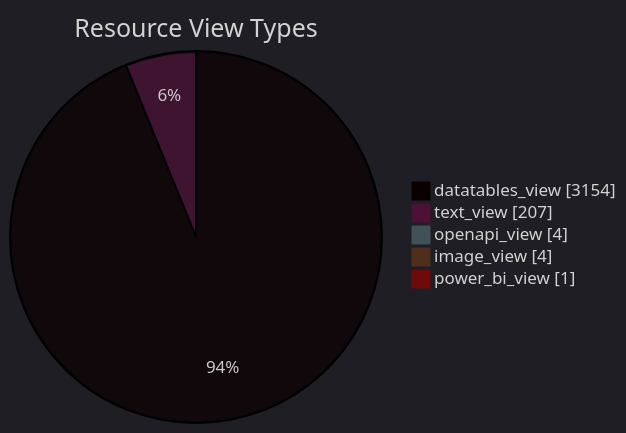
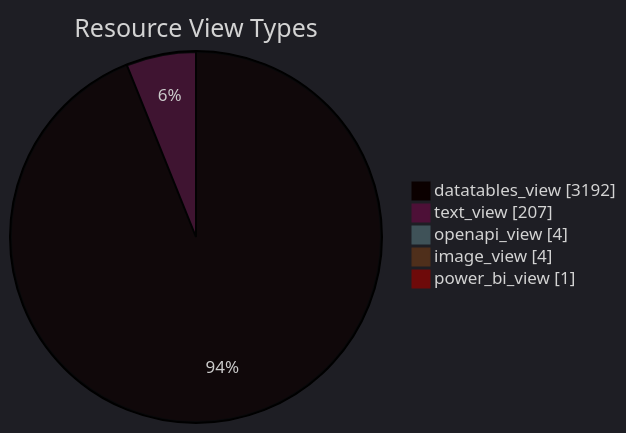
The diagram in datastore_tracker/resource_view_types_pie_chart.md (open-data/analytics-corporate-reporting), drawn with Mermaid before and after one commit. The commit also changed 9 other files, not shown here.

````diff
--- a/datastore_tracker/resource_view_types_pie_chart.md
+++ b/datastore_tracker/resource_view_types_pie_chart.md
@@ -2,12 +2,12 @@
 ```mermaid
 ---
 config:
   theme: dark
 ---
 pie showData title Resource View Types
-    "datatables_view": 3154
+    "datatables_view": 3192
     "text_view": 207
     "openapi_view": 4
     "image_view": 4
     "power_bi_view": 1
 ```
````
